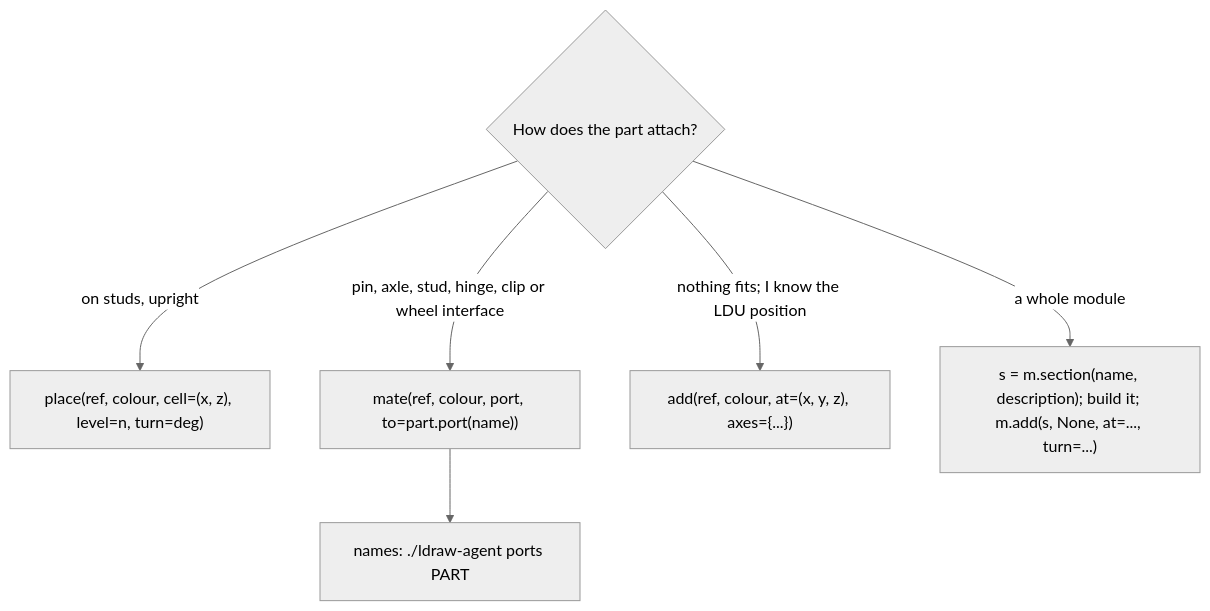
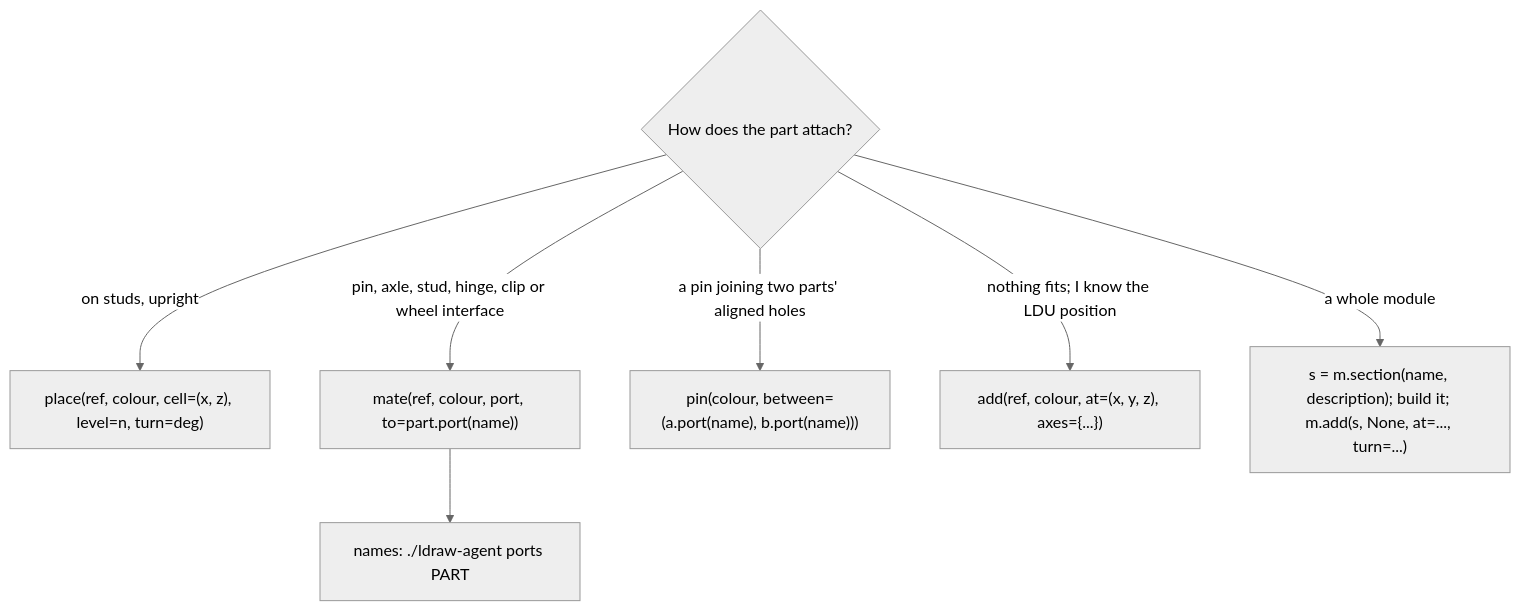
Before and after one commit to anteloc/ldraw-nova: the diagram in docs/agent/kit.md, drawn with Mermaid (neutral theme). The commit also changed other lines of this file and 5 other files, not shown here.

````diff
--- a/docs/agent/kit.md
+++ b/docs/agent/kit.md
@@ -19,8 +19,9 @@
 ```mermaid
 flowchart TD
   Q{How does the part attach?} -->|"on studs, upright"| P["place(ref, colour, cell=(x, z), level=n, turn=deg)"]
   Q -->|"pin, axle, stud, hinge, clip or wheel interface"| M["mate(ref, colour, port, to=part.port(name))"]
+  Q -->|"a pin joining two parts' aligned holes"| T["pin(colour, between=(a.port(name), b.port(name)))"]
   Q -->|"nothing fits; I know the LDU position"| A["add(ref, colour, at=(x, y, z), axes={...})"]
   Q -->|"a whole module"| S["s = m.section(name, description); build it; m.add(s, None, at=..., turn=...)"]
   M --> N["names: ./ldraw-agent ports PART"]
 ```
````
